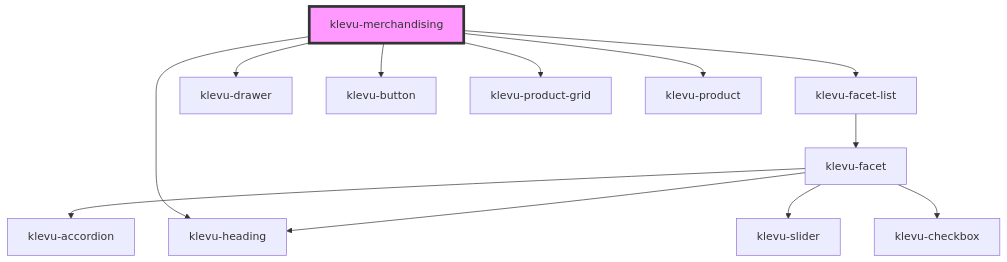
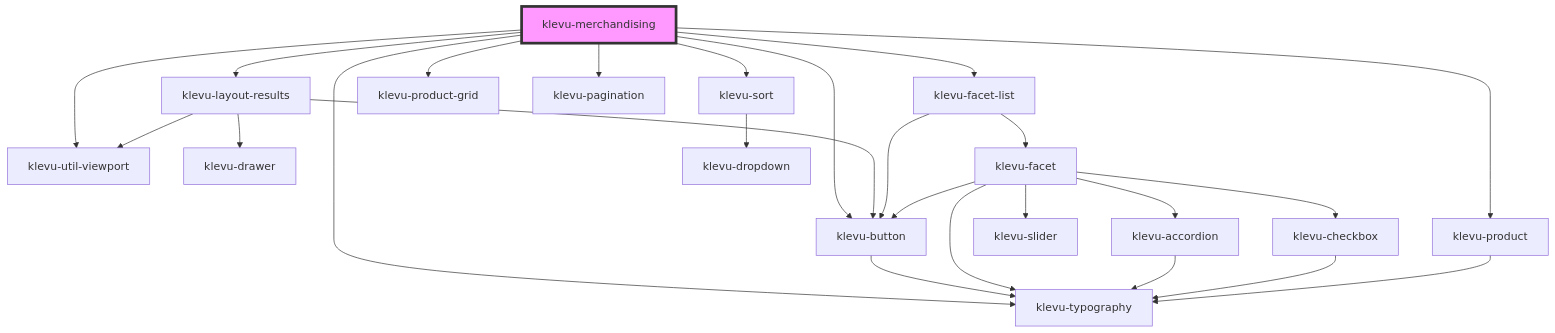
One commit to klevultd/frontend-sdk changed the diagram in packages/klevu-ui/src/components/klevu-merchandising/readme.md. Above: the diagram before and after it, drawn with Mermaid. The commit also changed other lines of this file and 199 other files, not shown here.

````diff
--- a/packages/klevu-ui/src/components/klevu-merchandising/readme.md
+++ b/packages/klevu-ui/src/components/klevu-merchandising/readme.md
@@ -31,15 +39,28 @@
 ```mermaid
 graph TD;
+  klevu-merchandising --> klevu-util-viewport
+  klevu-merchandising --> klevu-layout-results
   klevu-merchandising --> klevu-facet-list
-  klevu-merchandising --> klevu-heading
-  klevu-merchandising --> klevu-drawer
-  klevu-merchandising --> klevu-button
+  klevu-merchandising --> klevu-typography
+  klevu-merchandising --> klevu-sort
   klevu-merchandising --> klevu-product-grid
   klevu-merchandising --> klevu-product
+  klevu-merchandising --> klevu-pagination
+  klevu-merchandising --> klevu-button
+  klevu-layout-results --> klevu-util-viewport
+  klevu-layout-results --> klevu-button
+  klevu-layout-results --> klevu-drawer
+  klevu-button --> klevu-typography
   klevu-facet-list --> klevu-facet
+  klevu-facet-list --> klevu-button
   klevu-facet --> klevu-accordion
-  klevu-facet --> klevu-heading
+  klevu-facet --> klevu-typography
   klevu-facet --> klevu-slider
   klevu-facet --> klevu-checkbox
+  klevu-facet --> klevu-button
+  klevu-accordion --> klevu-typography
+  klevu-checkbox --> klevu-typography
+  klevu-sort --> klevu-dropdown
+  klevu-product --> klevu-typography
   style klevu-merchandising fill:#f9f,stroke:#333,stroke-width:4px
 ```
````
